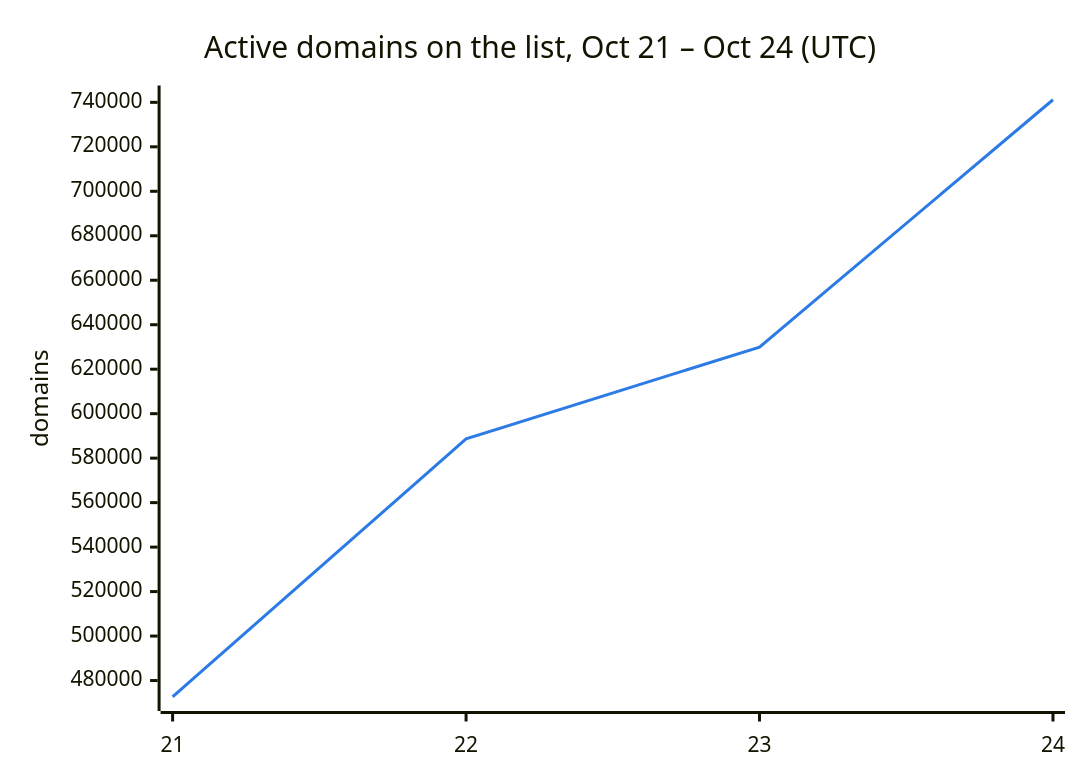
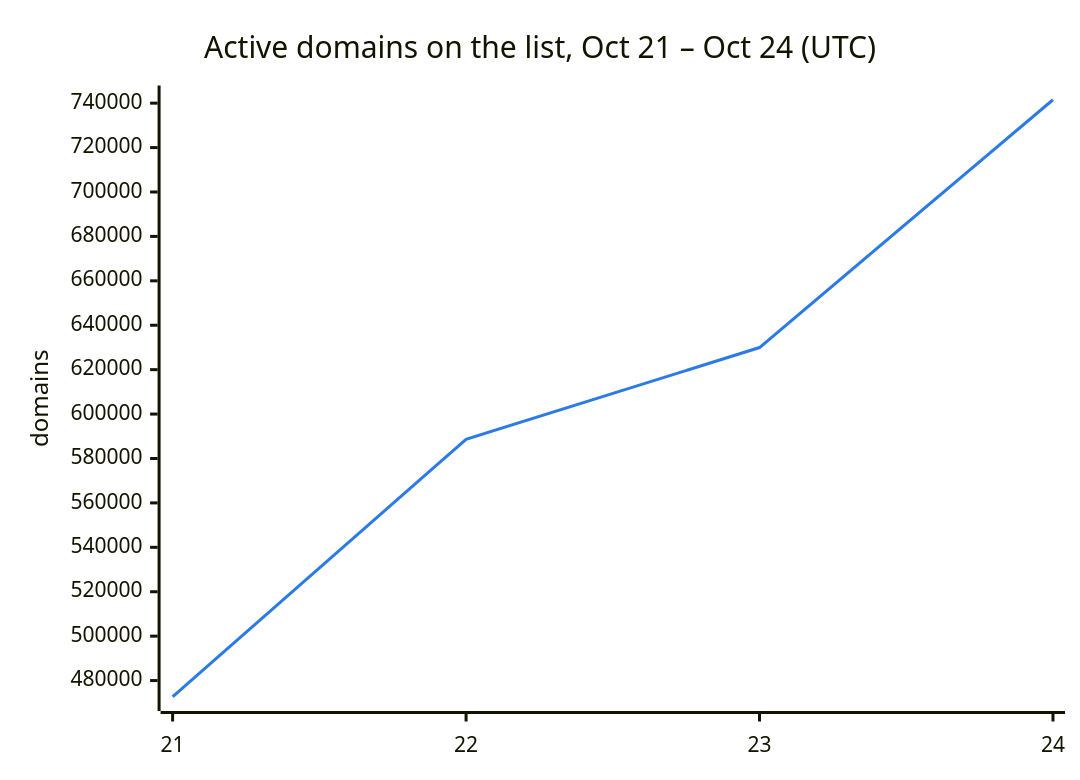
One commit to DNSBunker/CTI changed the second of 3 diagrams in README.md. Above: the diagram before and after it, drawn with Mermaid. The commit also changed other lines of this file and 3 other files, not shown here.

````diff
--- a/README.md
+++ b/README.md
@@ -38,8 +38,8 @@
 ```mermaid
 %%{init: {"themeVariables": {"xyChart": {"plotColorPalette": "#2c7be5"}}}}%%
 xychart-beta
     title "Active domains on the list, Oct 21 – Oct 24 (UTC)"
     x-axis ["21", "22", "23", "24"]
     y-axis "domains"
-    line [472713, 588659, 629951, 741163]
+    line [472713, 588659, 629951, 741535]
 ```
````
